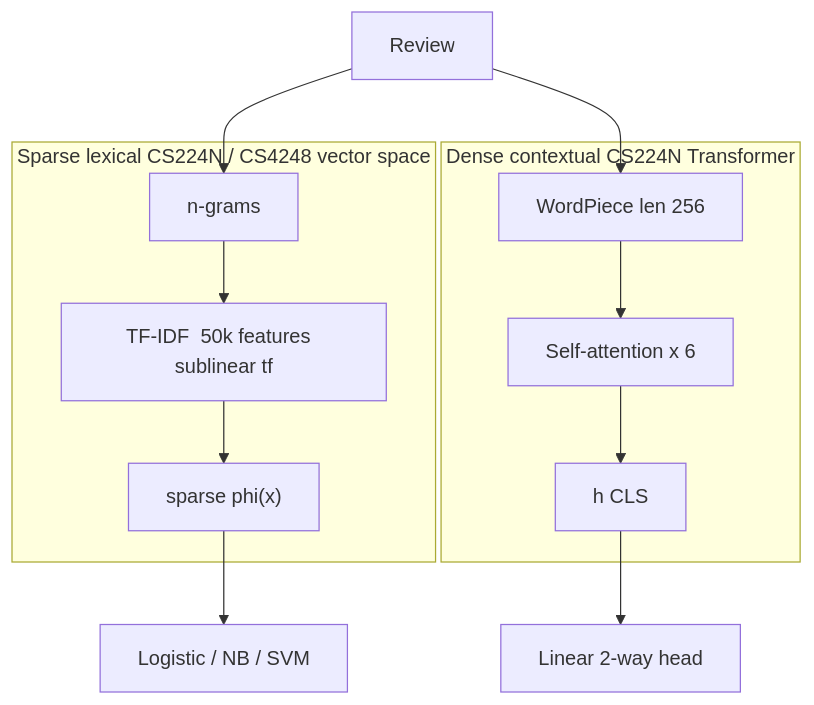
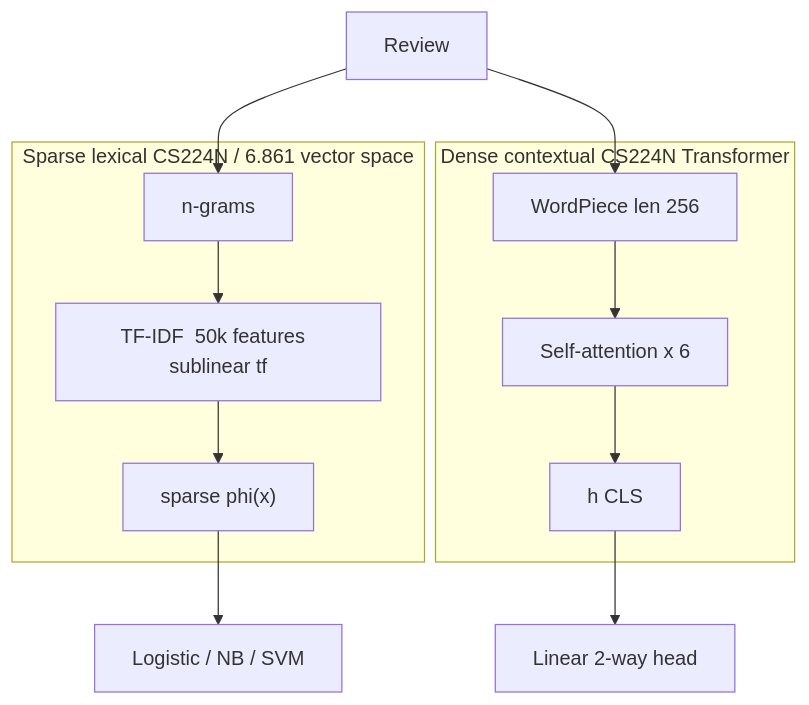
Before and after one commit to TheHien04/Movie-Review-Sentiment-Analysis: diagram 25 of 33 in README.md, drawn with Mermaid. The commit also changed other lines of this file and 3 other files, not shown here.

````diff
--- a/README.md
+++ b/README.md
@@ -896,23 +891,23 @@
 ```mermaid
 flowchart TB
     X["Review"]
 
-    subgraph Sparse["Sparse lexical  CS224N / CS4248 vector space"]
+    subgraph Sparse["Sparse lexical  CS224N / 6.861 vector space"]
         Bow["n-grams"]
         Idf["TF-IDF  50k features  sublinear tf"]
         Phi["sparse phi(x)"]
         Bow --> Idf --> Phi
     end
 
     subgraph Dense["Dense contextual  CS224N Transformer"]
         Tok["WordPiece  len 256"]
         Att["Self-attention x 6"]
         H["h CLS"]
         Tok --> Att --> H
     end
 
     X --> Bow
     X --> Tok
     Phi --> Lin["Logistic / NB / SVM"]
     H --> Head["Linear 2-way head"]
 ```
````
